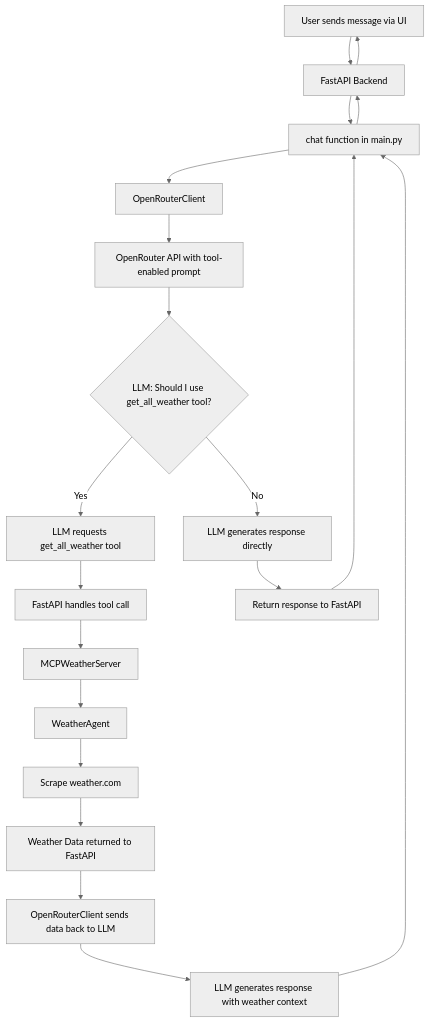
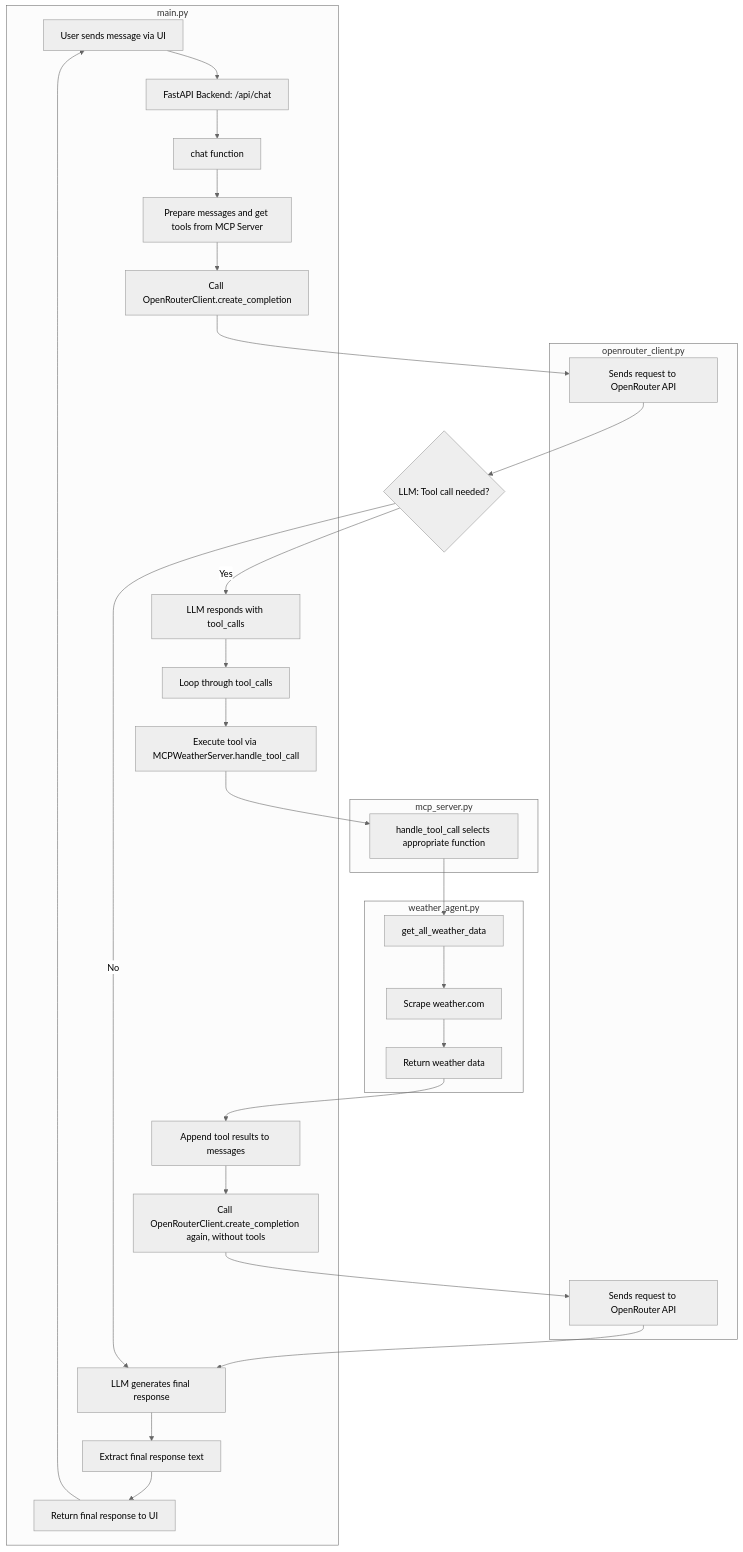
Before and after one commit to rjalexa/weather-llm-demo: the diagram in README.md, drawn with Mermaid (neutral theme). The commit also changed other lines of this file and 3 other files, not shown here.

Commit message:
fixed tool calling according to openrouter and aligned README

````diff
--- a/README.md
+++ b/README.md
@@ -117,23 +117,50 @@
 ```mermaid
 flowchart TD
-    A[User sends message via UI] --> B[FastAPI Backend]
-    B --> C[chat function in main.py]
-    C --> G[OpenRouterClient]
-    G --> K["OpenRouter API with tool-enabled prompt"]
-    K --> D{LLM: Should I use get_all_weather tool?}
-    D -->|Yes| E[LLM requests get_all_weather tool]
-    D -->|No| L[LLM generates response directly]
-    E --> F[FastAPI handles tool call]
-    F --> H[MCPWeatherServer]
-    H --> I[WeatherAgent]
-    I --> J[Scrape weather.com]
-    J --> K2[Weather Data returned to FastAPI]
-    K2 --> G2[OpenRouterClient sends data back to LLM]
-    G2 --> M[LLM generates response with weather context]
-    M --> C
-    L --> G3[Return response to FastAPI]
-    G3 --> C
-    C --> B
-    B --> A
+subgraph "main.py"
+    A[User sends message via UI] --> B[FastAPI Backend: /api/chat]
+    B --> C[chat function]
+    C --> D[Prepare messages and get tools from MCP Server]
+    D --> E[Call OpenRouterClient.create_completion]
+end
 
+subgraph "openrouter_client.py"
+    E --> F[Sends request to OpenRouter API]
+end
+
+F --> G{LLM: Tool call needed?}
+G -- Yes --> H[LLM responds with tool_calls]
+G -- No --> I[LLM generates final response]
+
+subgraph "main.py"
+    H --> J[Loop through tool_calls]
+    J --> K[Execute tool via MCPWeatherServer.handle_tool_call]
+end
+
+subgraph "mcp_server.py"
+    K --> L[handle_tool_call selects appropriate function]
+end
+
+subgraph "weather_agent.py"
+    L --> M[get_all_weather_data]
+    M --> N[Scrape weather.com]
+    N --> O[Return weather data]
+end
+
+subgraph "main.py"
+    O --> P[Append tool results to messages]
+    P --> Q[Call OpenRouterClient.create_completion again, without tools]
+end
+
+subgraph "openrouter_client.py"
+    Q --> R[Sends request to OpenRouter API]
+end
+
+R --> I
+
+subgraph "main.py"
+    I --> S[Extract final response text]
+    S --> T[Return final response to UI]
+end
+
+T --> A
 ```
````
